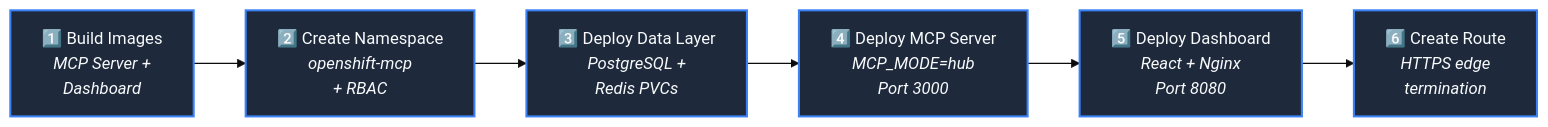
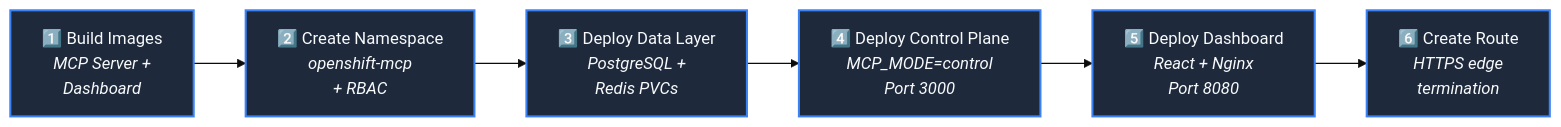
Before and after one commit to cskaruppu/Openshift-mcp-server: the seventh of 9 diagrams in README.md, drawn with Mermaid (base theme). The commit also changed other lines of this file and 18 other files, not shown here.

````diff
--- a/README.md
+++ b/README.md
@@ -484,11 +486,11 @@
 ```mermaid
 flowchart LR
     A["1️⃣ Build Images<br/><i>MCP Server +<br/>Dashboard</i>"] --> B["2️⃣ Create Namespace<br/><i>openshift-mcp<br/>+ RBAC</i>"]
     B --> C["3️⃣ Deploy Data Layer<br/><i>PostgreSQL +<br/>Redis PVCs</i>"]
-    C --> D["4️⃣ Deploy MCP Server<br/><i>MCP_MODE=hub<br/>Port 3000</i>"]
+    C --> D["4️⃣ Deploy Control Plane<br/><i>MCP_MODE=control<br/>Port 3000</i>"]
     D --> E["5️⃣ Deploy Dashboard<br/><i>React + Nginx<br/>Port 8080</i>"]
     E --> F["6️⃣ Create Route<br/><i>HTTPS edge<br/>termination</i>"]
 
     classDef step fill:#1E293B,stroke:#3B82F6,color:#F8FAFC,stroke-width:2px
     class A,B,C,D,E,F step
 ```
````
